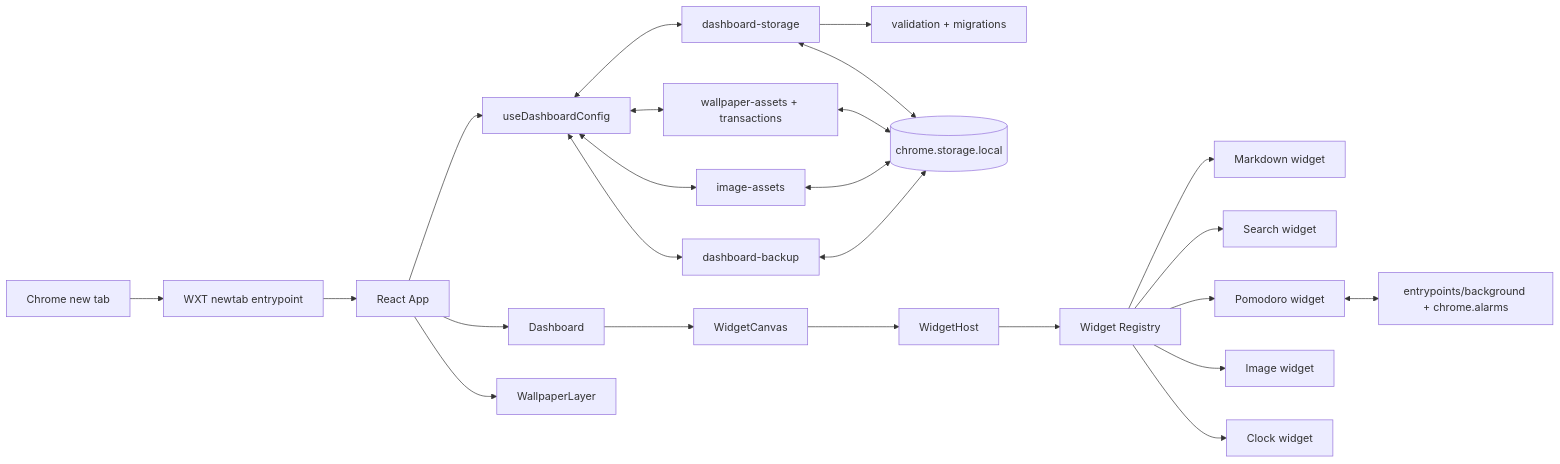
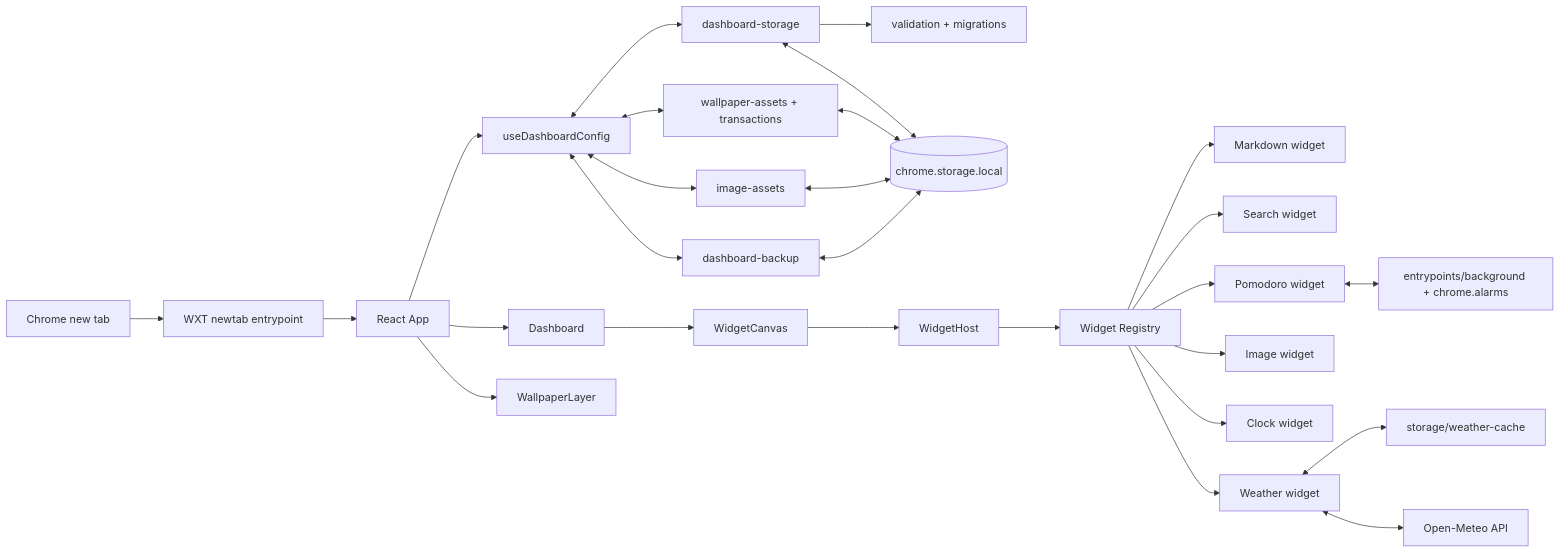
Before and after one commit to a-melchikov/chrome-start-page: the diagram in docs/ARCHITECTURE.md, drawn with Mermaid. The commit also changed other lines of this file and 39 other files, not shown here.

Commit message:
feat(weather): add weather widget with manual city selection and compact header

````diff
--- a/docs/ARCHITECTURE.md
+++ b/docs/ARCHITECTURE.md
@@ -5,26 +5,29 @@
 ```mermaid
 flowchart LR
   Chrome[Chrome new tab] --> WXT[WXT newtab entrypoint]
   WXT --> App[React App]
   App --> Hook[useDashboardConfig]
   Hook <--> Repo[dashboard-storage]
   Hook <--> WallpaperAssets[wallpaper-assets + transactions]
   Hook <--> ImageAssets[image-assets]
   Hook <--> Backup[dashboard-backup]
   Repo --> Validate[validation + migrations]
   Repo <--> Local[(chrome.storage.local)]
   WallpaperAssets <--> Local
   ImageAssets <--> Local
   Backup <--> Local
   App --> Dashboard
   App --> Wallpaper[WallpaperLayer]
   Dashboard --> Grid[WidgetCanvas]
   Grid --> Host[WidgetHost]
   Host --> Registry[Widget Registry]
   Registry --> Markdown[Markdown widget]
   Registry --> Search[Search widget]
   Registry --> Pomodoro[Pomodoro widget]
   Registry --> Image[Image widget]
   Registry --> Clock[Clock widget]
+  Registry --> Weather[Weather widget]
+  Weather <--> WeatherCache[storage/weather-cache]
+  Weather <--> OpenMeteo[Open-Meteo API]
   Pomodoro <--> Background[entrypoints/background + chrome.alarms]
 ```
````
